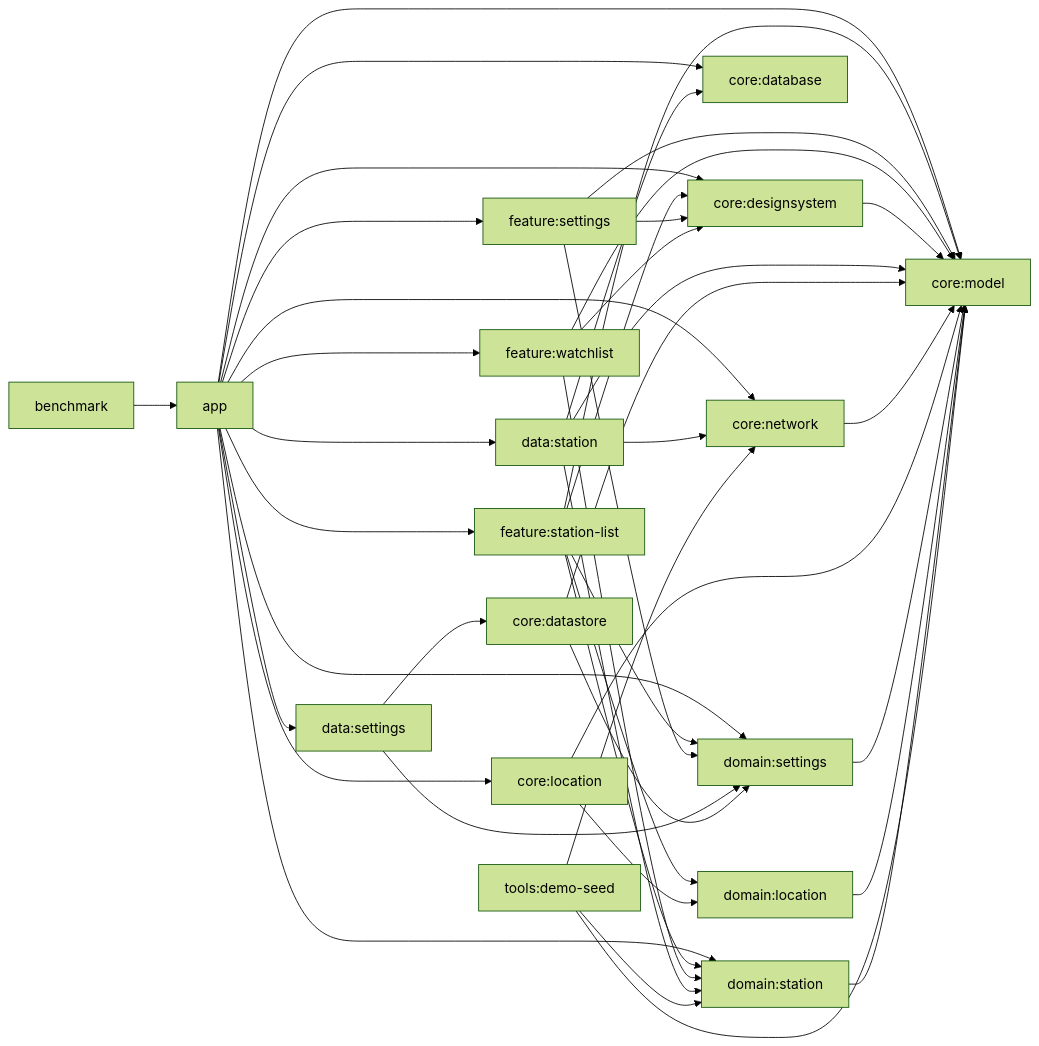
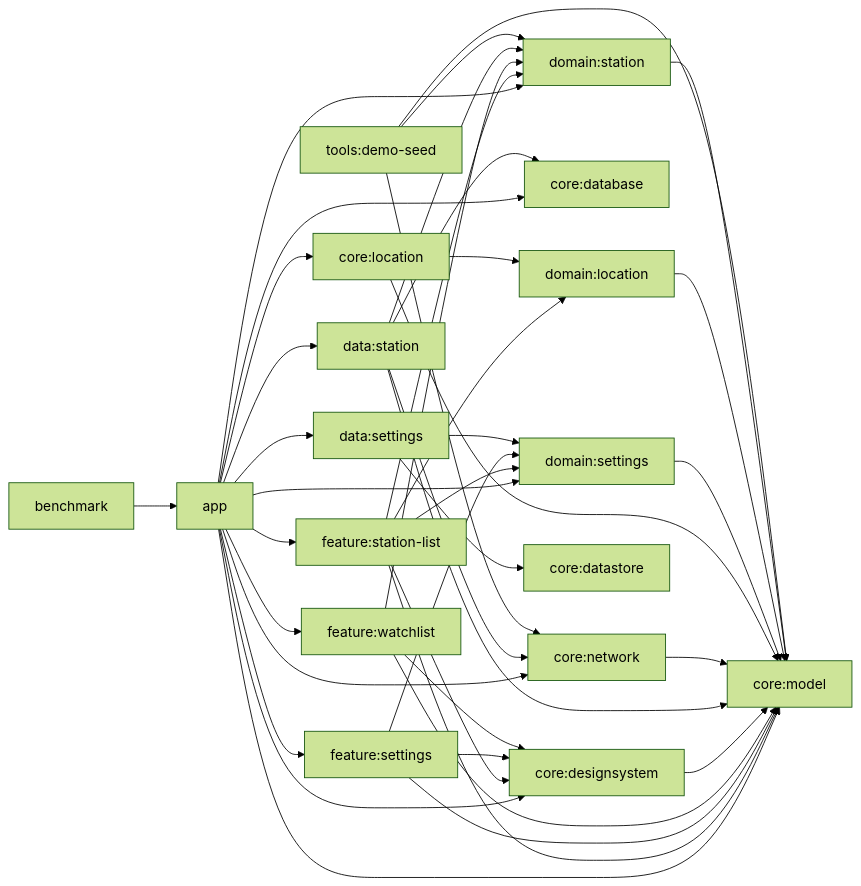
One commit to beyondwin/GasStation changed the diagram in docs/architecture.md. Above: the diagram before and after it, drawn with Mermaid (forest theme). The commit also changed other lines of this file and 35 other files, not shown here.

````diff
--- a/docs/architecture.md
+++ b/docs/architecture.md
@@ -17,53 +17,51 @@
 ```mermaid
 flowchart LR
     app["app"] --> fstation["feature:station-list"]
     app --> fsettings["feature:settings"]
     app --> fwatch["feature:watchlist"]
     app --> dstation["data:station"]
     app --> dsettings["data:settings"]
     app --> cdesign["core:designsystem"]
     app --> clocation["core:location"]
     app --> cnetwork["core:network"]
     app --> cdatabase["core:database"]
     app --> cmodel["core:model"]
     app --> domSettings["domain:settings"]
     app --> domStation["domain:station"]
 
     fstation --> domSettings
     fstation --> domStation
     fstation --> domLocation["domain:location"]
     fstation --> cdesign
     fstation --> cmodel
 
     fsettings --> domSettings
     fsettings --> cdesign
     fsettings --> cmodel
 
     fwatch --> domStation
     fwatch --> cmodel
     fwatch --> cdesign
     cdesign --> cmodel
 
     dstation --> domStation
     dstation --> cnetwork
     dstation --> cdatabase
     dstation --> cmodel
 
     dsettings --> domSettings
     dsettings --> cstore["core:datastore"]
 
-    cstore --> domSettings
-    cstore --> cmodel
     cnetwork --> cmodel
 
     clocation --> domLocation
     clocation --> cmodel
     domSettings --> cmodel
     domLocation --> cmodel
     domStation --> cmodel
 
     tools["tools:demo-seed"] --> cnetwork
     tools --> domStation
     tools --> cmodel
     benchmark["benchmark"] --> app
 ```
````
